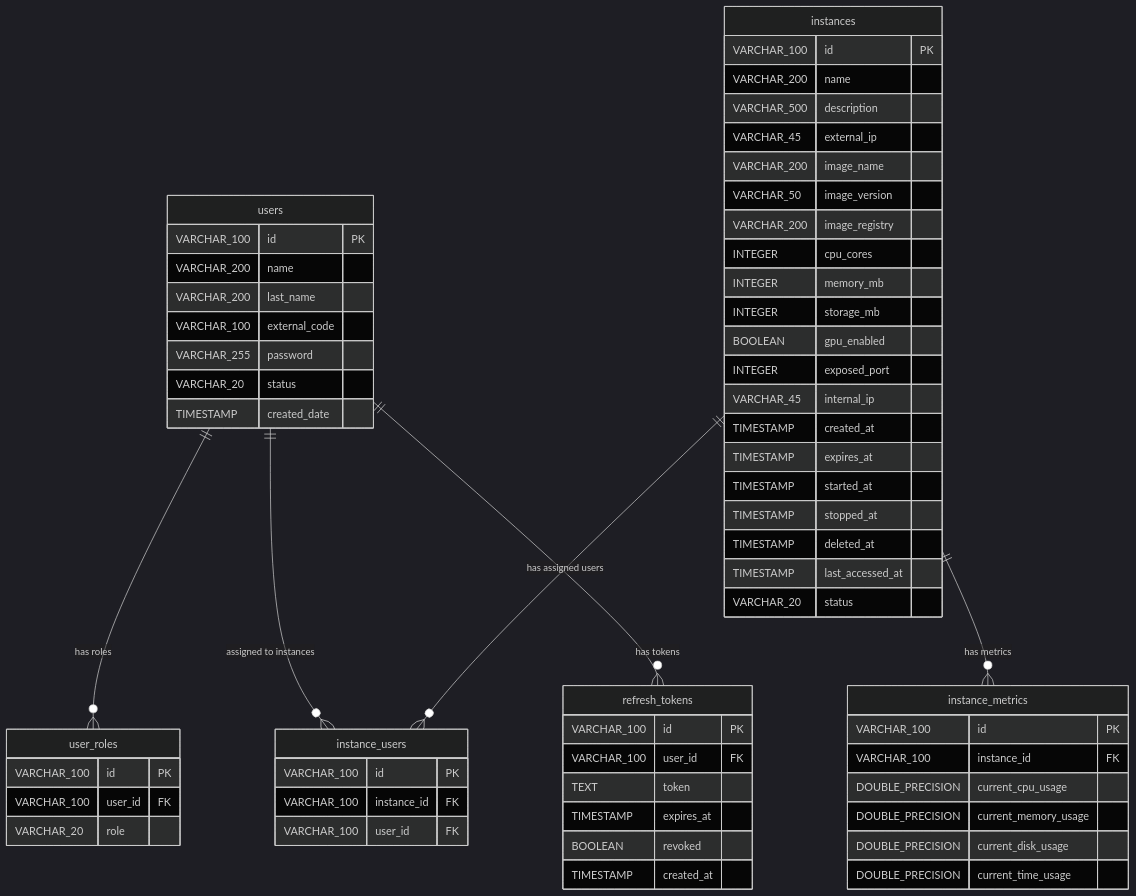
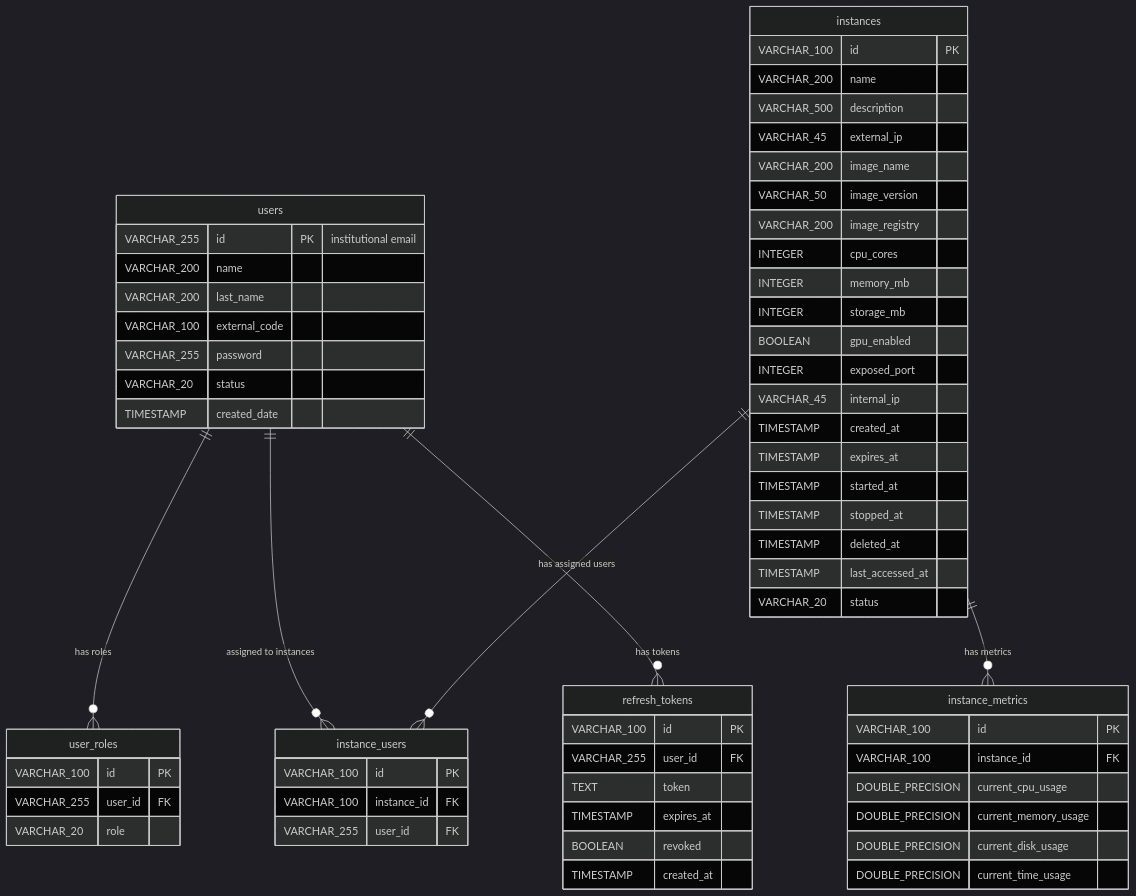
One commit to Univalle-Gadim-Lab/virtual-lab-platform changed the diagram in architecture/DATABASE.md. Above: the diagram before and after it, drawn with Mermaid (dark theme). The commit also changed other lines of this file and 41 other files, not shown here.

First line of the commit message:
docs: update architecture docs for email-based user identifier

````diff
--- a/architecture/DATABASE.md
+++ b/architecture/DATABASE.md
@@ -9,71 +9,71 @@
 ```mermaid
 erDiagram
     users {
-        VARCHAR_100 id PK
+        VARCHAR_255 id PK "institutional email"
         VARCHAR_200 name
         VARCHAR_200 last_name
         VARCHAR_100 external_code
         VARCHAR_255 password
         VARCHAR_20 status
         TIMESTAMP created_date
     }
 
     user_roles {
         VARCHAR_100 id PK
-        VARCHAR_100 user_id FK
+        VARCHAR_255 user_id FK
         VARCHAR_20 role
     }
 
     instances {
         VARCHAR_100 id PK
         VARCHAR_200 name
         VARCHAR_500 description
         VARCHAR_45 external_ip
         VARCHAR_200 image_name
         VARCHAR_50 image_version
         VARCHAR_200 image_registry
         INTEGER cpu_cores
         INTEGER memory_mb
         INTEGER storage_mb
         BOOLEAN gpu_enabled
         INTEGER exposed_port
         VARCHAR_45 internal_ip
         TIMESTAMP created_at
         TIMESTAMP expires_at
         TIMESTAMP started_at
         TIMESTAMP stopped_at
         TIMESTAMP deleted_at
         TIMESTAMP last_accessed_at
         VARCHAR_20 status
     }
 
     instance_metrics {
         VARCHAR_100 id PK
         VARCHAR_100 instance_id FK
         DOUBLE_PRECISION current_cpu_usage
         DOUBLE_PRECISION current_memory_usage
         DOUBLE_PRECISION current_disk_usage
         DOUBLE_PRECISION current_time_usage
     }
 
     instance_users {
         VARCHAR_100 id PK
         VARCHAR_100 instance_id FK
-        VARCHAR_100 user_id FK
+        VARCHAR_255 user_id FK
     }
 
     refresh_tokens {
         VARCHAR_100 id PK
-        VARCHAR_100 user_id FK
+        VARCHAR_255 user_id FK
         TEXT token
         TIMESTAMP expires_at
         BOOLEAN revoked
         TIMESTAMP created_at
     }
 
     users ||--o{ user_roles : "has roles"
     users ||--o{ instance_users : "assigned to instances"
     users ||--o{ refresh_tokens : "has tokens"
     instances ||--o{ instance_users : "has assigned users"
     instances ||--o{ instance_metrics : "has metrics"
 ```
````
